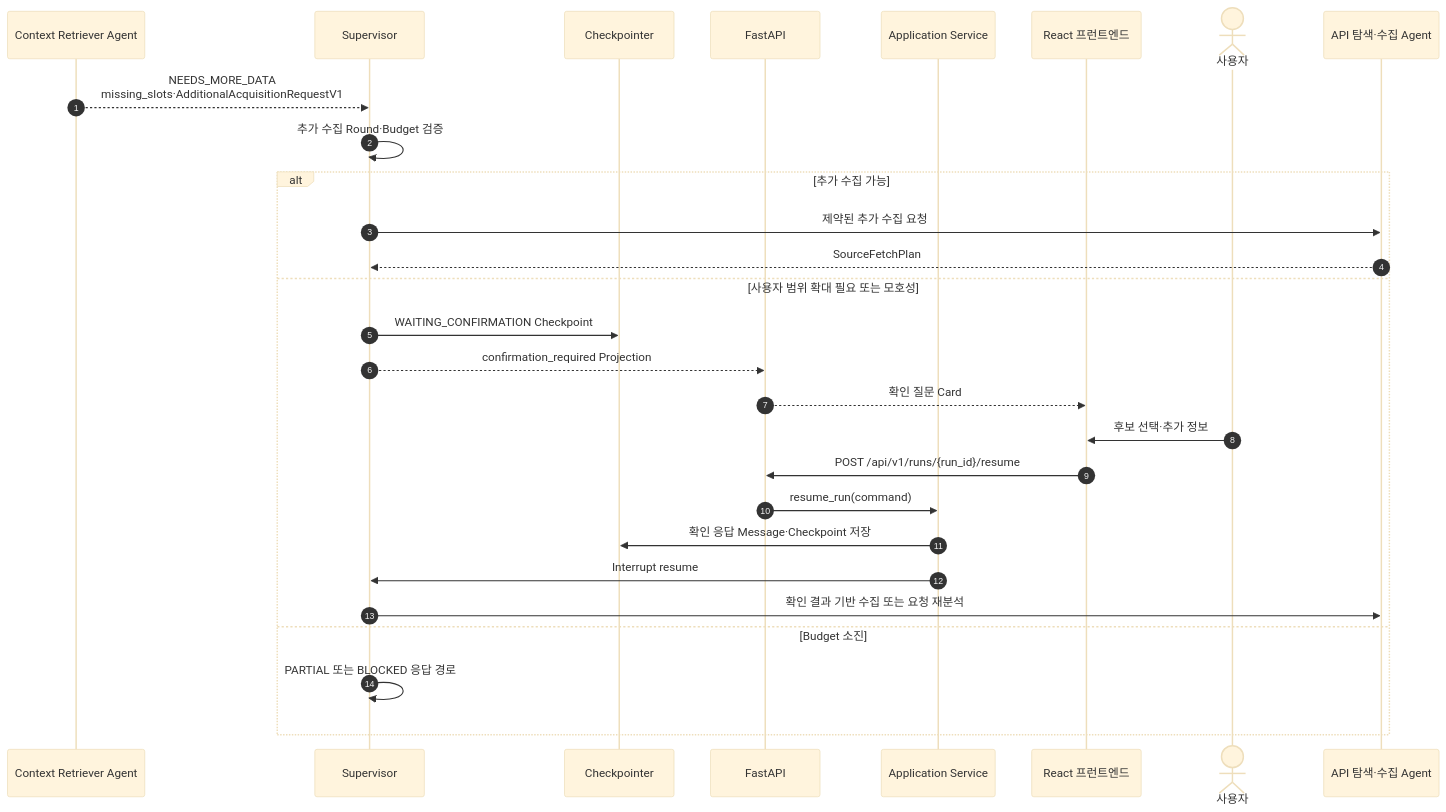
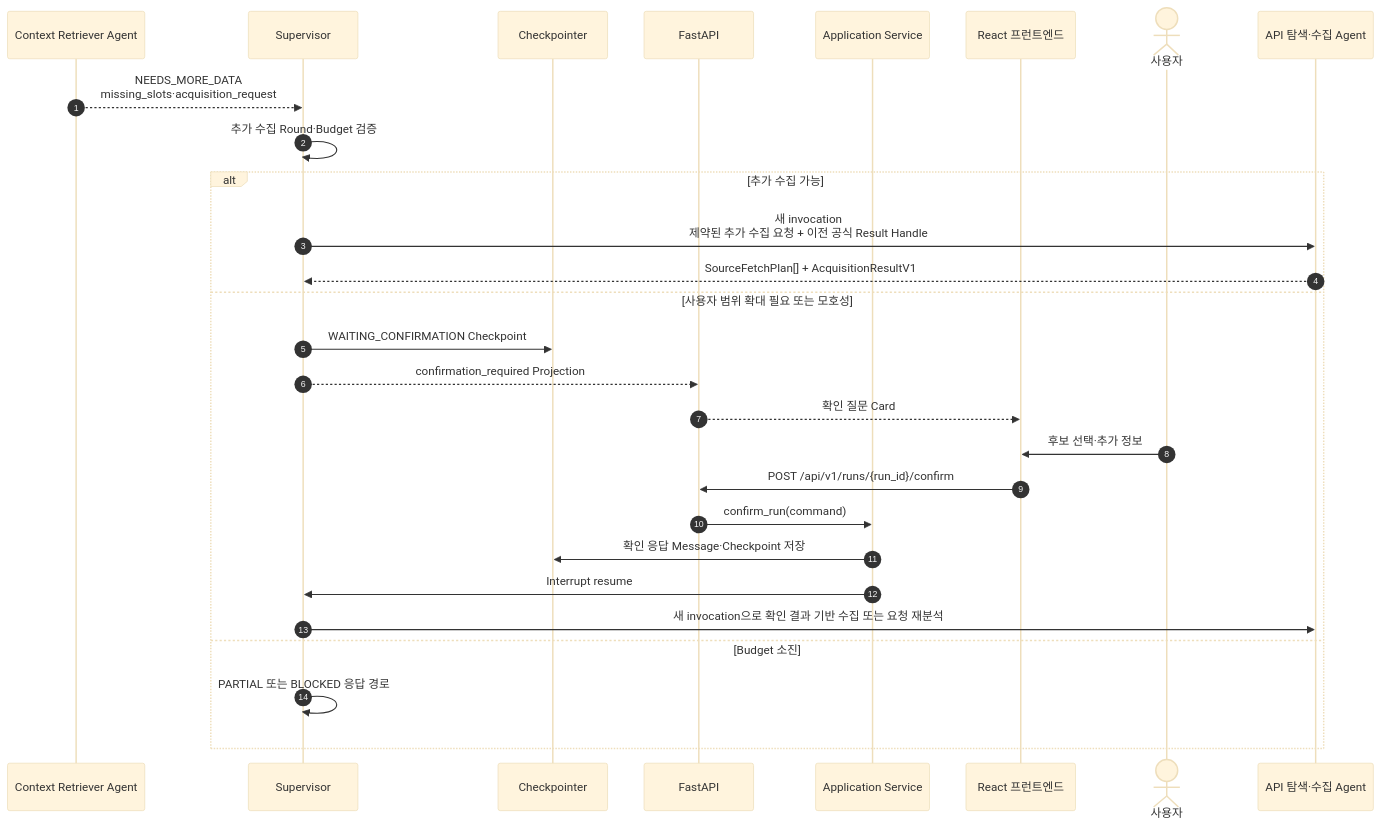
One commit to solar-ai-dev/google-work-agent changed the fifth of 19 diagrams in docs/08-sequence-design.md. Above: the diagram before and after it, drawn with Mermaid (base theme). The commit also changed other lines of this file and 28 other files, not shown here.

Commit message:
docs: sync R8.3 architecture evaluation and implementation docs

````diff
--- a/docs/08-sequence-design.md
+++ b/docs/08-sequence-design.md
@@ -286,31 +286,31 @@
 ```mermaid
 sequenceDiagram
     autonumber
     participant RET as Context Retriever Agent
     participant SUP as Supervisor
     participant DB as Checkpointer
     participant API as FastAPI
     participant APP as Application Service
     participant FE as React 프런트엔드
     actor U as 사용자
     participant ACQ as API 탐색·수집 Agent
 
-    RET-->>SUP: NEEDS_MORE_DATA<br>missing_slots·AdditionalAcquisitionRequestV1
+    RET-->>SUP: NEEDS_MORE_DATA<br>missing_slots·acquisition_request
     SUP->>SUP: 추가 수집 Round·Budget 검증
     alt 추가 수집 가능
-        SUP->>ACQ: 제약된 추가 수집 요청
-        ACQ-->>SUP: SourceFetchPlan
+        SUP->>ACQ: 새 invocation<br>제약된 추가 수집 요청 + 이전 공식 Result Handle
+        ACQ-->>SUP: SourceFetchPlan[] + AcquisitionResultV1
     else 사용자 범위 확대 필요 또는 모호성
         SUP->>DB: WAITING_CONFIRMATION Checkpoint
         SUP-->>API: confirmation_required Projection
         API-->>FE: 확인 질문 Card
         U->>FE: 후보 선택·추가 정보
-        FE->>API: POST /api/v1/runs/{run_id}/resume
-        API->>APP: resume_run(command)
+        FE->>API: POST /api/v1/runs/{run_id}/confirm
+        API->>APP: confirm_run(command)
         APP->>DB: 확인 응답 Message·Checkpoint 저장
         APP->>SUP: Interrupt resume
-        SUP->>ACQ: 확인 결과 기반 수집 또는 요청 재분석
+        SUP->>ACQ: 새 invocation으로 확인 결과 기반 수집 또는 요청 재분석
     else Budget 소진
         SUP->>SUP: PARTIAL 또는 BLOCKED 응답 경로
     end
 ```
````
